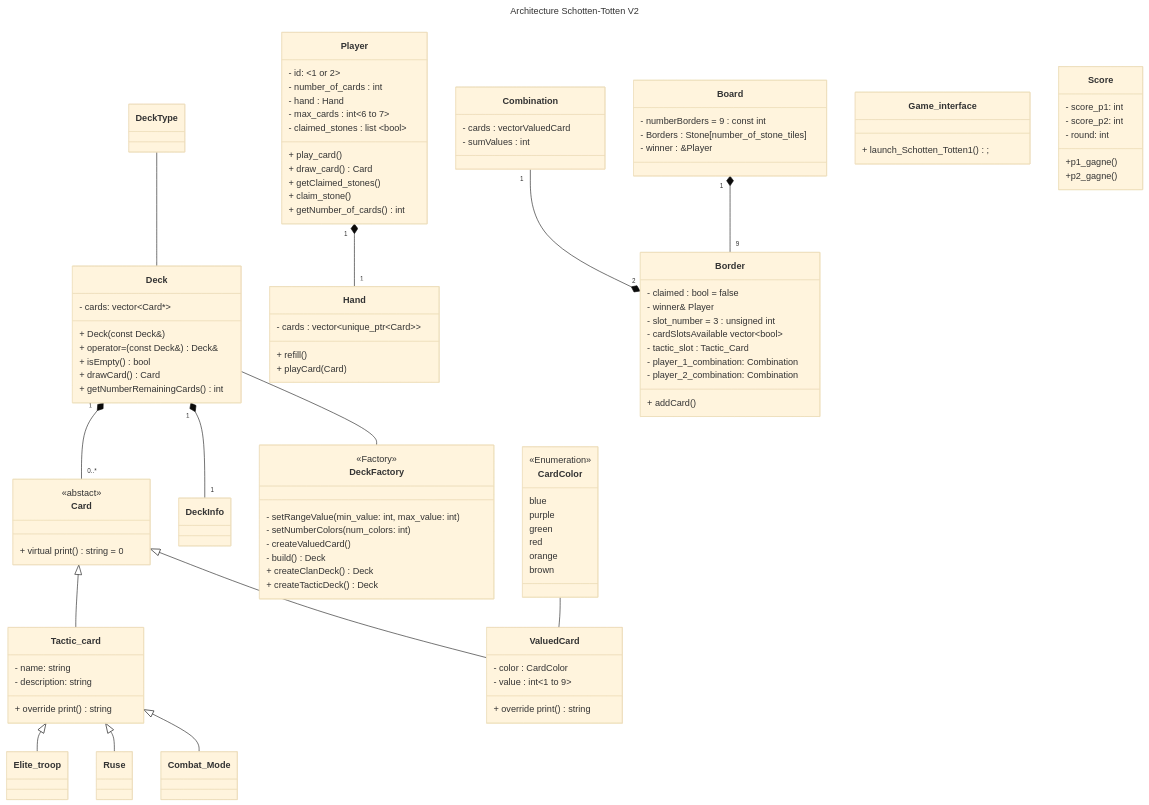
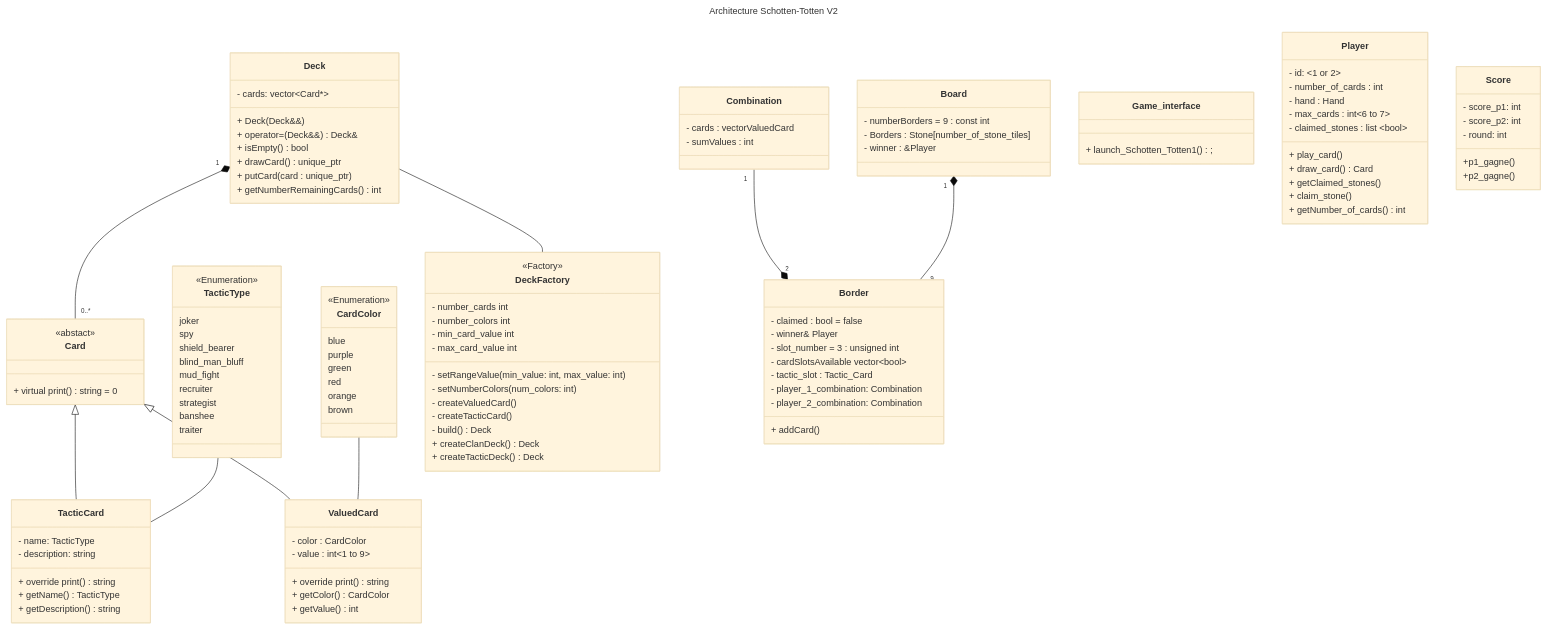
The diagram in README.md (kilaposhi/Schotten-Totten), drawn with Mermaid (base theme) before and after one commit. The commit also changed 2 other files, not shown here.

Commit message:
documentation

````diff
--- a/README.md
+++ b/README.md
@@ -41,20 +41,15 @@
 classDiagram
 
 %% ------ Relations
-Card <|-- Tactic_card
+Card <|-- TacticCard
 Card <|-- ValuedCard
+CardColor -- ValuedCard
+TacticType -- TacticCard
 Deck "1"*-- "0..*" Card
-Deck "1" *-- "1" DeckInfo
 Deck -- DeckFactory
 %%    Card "0..7" --* "0..1" Hand
-  Player "1"*--"1" Hand
   Combination "1" --* "2" Border
   Board "1" *-- "9" Border
-  Tactic_card <|-- Elite_troop
-  Tactic_card <|-- Ruse
-  Tactic_card <|-- Combat_Mode
-  CardColor -- ValuedCard
-  DeckType -- Deck
 
 %%---------- class
   class Game_interface{
@@ -71,12 +66,16 @@
     - color : CardColor
     - value : int<1 to 9>
     + override print() string
+    + getColor() CardColor
+    + getValue() int
   }
 
-  class Tactic_card{
-    - name: string
+  class TacticCard{
+    - name: TacticType
     - description: string
     + override print() string
+    + getName() TacticType
+    + getDescription() string
   }
 
 
@@ -102,12 +101,6 @@
     + addCard()
   }
 
-  class Hand {
-    - cards : vector~unique_ptr~Card~~
-    + refill()
-    + playCard(Card)
-  }
-
   class Player{
     - id: <1 or 2>
     - number_of_cards : int
@@ -123,19 +116,25 @@
 
   class Deck{
     - cards: vector~Card*~
-    + Deck(const Deck&)
-    + operator=(const Deck&) Deck&
+    + Deck(Deck&&)
+    + operator=(Deck&&) Deck&
     + isEmpty() bool
-    + drawCard() Card
+    + drawCard() unique_ptr<Card>
+    + putCard(card : unique_ptr<Card>)
     + getNumberRemainingCards() int
   }
 
 
 class DeckFactory {
   <<Factory>>
+  - number_cards int
+  - number_colors int
+  - min_card_value int
+  - max_card_value int
   - setRangeValue(min_value: int, max_value: int)
   - setNumberColors(num_colors: int)
   - createValuedCard()
+  - createTacticCard()
   - build() Deck
   + createClanDeck() Deck
   + createTacticDeck() Deck
@@ -161,5 +160,19 @@
     brown
   }
 
+class TacticType {
+    <<Enumeration>>
+joker
+spy
+shield_bearer
+blind_man_bluff
+mud_fight
+recruiter
+strategist
+banshee
+traiter
+}
+
+
 
 ```
````
